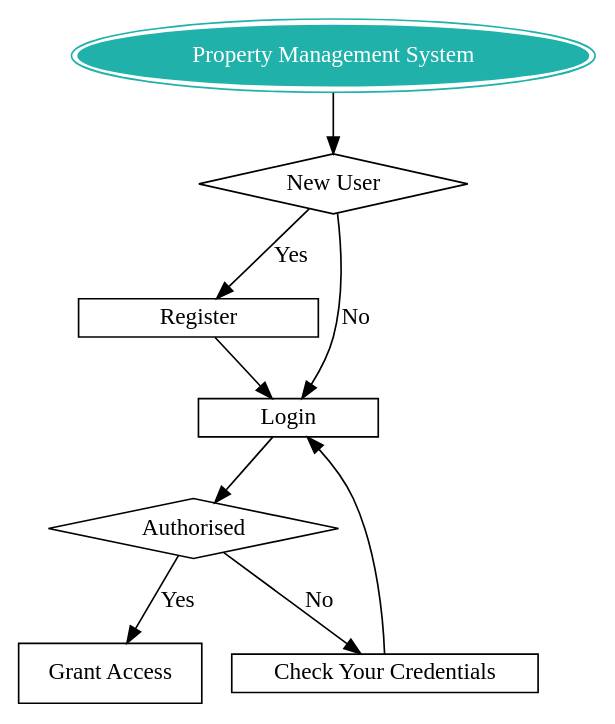
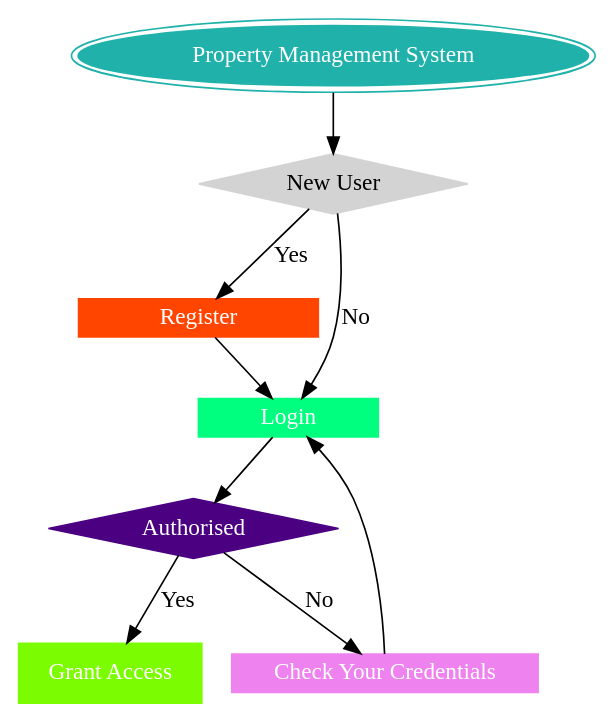
Before and after one commit to IIITM-Jay/Property-Management-System-Docs: the diagram in docs/source/flowSequence.rst, drawn with Graphviz. The commit also changed other lines of this file, not shown here.

```diff
--- a/docs/source/flowSequence.rst
+++ b/docs/source/flowSequence.rst
@@ -5,23 +5,23 @@
 .. graphviz::
    :align: center
 
    digraph {
       a->b
       b->d [label="Yes", labelfontcolor=green]
       b->c [label="No", labelfontcolor=red]
       d->c 
       c->e
       e->f [label="Yes"]
       e->g [label="No"]
       g->c
       a [shap=ellipse, peripheries=2,color= lightseagreen, label="Property Management System", style=filled, fontcolor=white];
-      b [shape=diamond, label="New User"]
-      c [shape=box, label="Login", height=0.25, width=1.5 ]
-      d [shape=box, label="Register", height=0.25, width=2 ]
-      e [shape=diamond, label="Authorised"]
-      f [shape=box, label="Grant Access"]
-      g [shape=box, label="Check Your Credentials", height=0.25, width=2 ]
+      b [shape=diamond, label="New User" color="lightgray", style=filled]
+      c [shape=box, label="Login", height=0.25, width=1.5, color=springgreen,style=filled, fontcolor=white ]
+      d [shape=box, label="Register", height=0.25, width=2, color=orangered,style=filled, fontcolor=white ]
+      e [shape=diamond, label="Authorised", color=indigo, fontcolor=white, style=filled]
+      f [shape=box, label="Grant Access", color=lawngreen, fontcolor=white, style=filled ]
+      g [shape=box, label="Check Your Credentials", height=0.25, width=2, color= violet, style=filled ,fontcolor=white ]
 
 
       
    }
```
